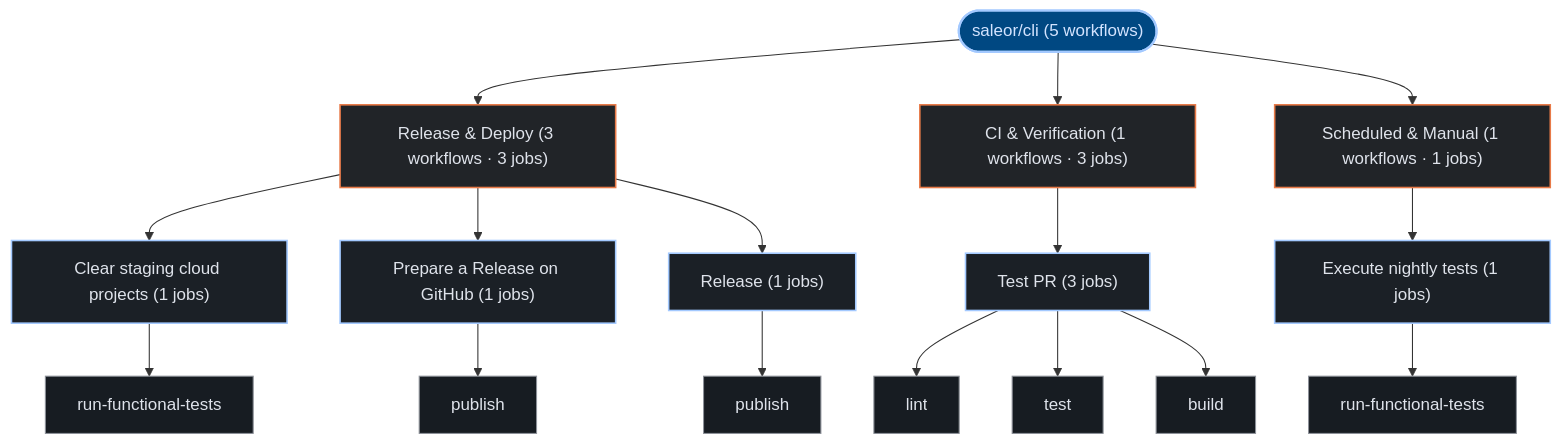
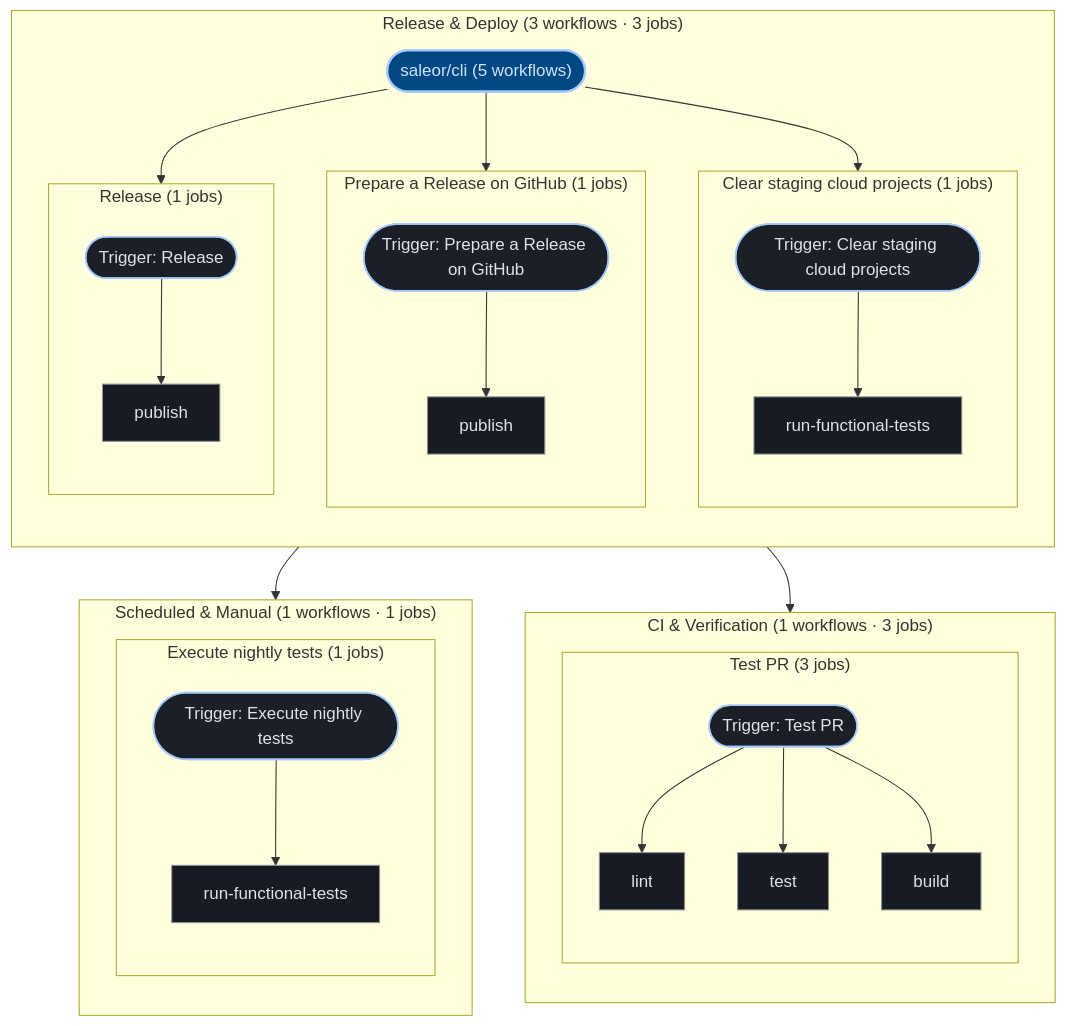
One commit to kumarshaz/atruss-code-atlas changed the third of 3 diagrams in exports/latest/reports/saleor-cli-report.md. Above: the diagram before and after it, drawn with Mermaid. The commit also changed 181 other files, not shown here.

````diff
--- a/exports/latest/reports/saleor-cli-report.md
+++ b/exports/latest/reports/saleor-cli-report.md
@@ -156,41 +156,59 @@
 ```mermaid
 graph TD;
   classDef atlasRoot fill:#004882,stroke:#a3c9ff,stroke-width:2px,color:#d3e4ff
   classDef atlasCategory fill:#212428,stroke:#E87A48,stroke-width:1.5px,color:#dfe3eb
   classDef atlasWorkflow fill:#1b2026,stroke:#a3c9ff,stroke-width:1.5px,color:#dfe3eb
   classDef atlasJob fill:#171c22,stroke:#8d9199,stroke-width:1px,color:#dfe3eb
   classDef atlasTarget fill:#005227,stroke:#8bd99b,stroke-width:1.5px,color:#a7f6b6
   classDef atlasAlert fill:#93000a,stroke:#ffb4ab,stroke-width:1.5px,color:#ffdad6
   classDef atlasMore fill:#252a31,stroke:#8d9199,stroke-dasharray:4 4,color:#c3c6cf
   pipeline_root(["saleor/cli (5 workflows)"]):::atlasRoot
-  grp_0_Release___Deploy["Release & Deploy (3 workflows · 3 jobs)"]:::atlasCategory
-  pipeline_root --> grp_0_Release___Deploy
-  wf_0_Clear_staging_cloud_projects["Clear staging cloud projects (1 jobs)"]:::atlasWorkflow
-  grp_0_Release___Deploy --> wf_0_Clear_staging_cloud_projects
-  job_0_run_functional_tests["run-functional-tests"]:::atlasJob
-  wf_0_Clear_staging_cloud_projects --> job_0_run_functional_tests
-  wf_2_Prepare_a_Release_on_GitHub["Prepare a Release on GitHub (1 jobs)"]:::atlasWorkflow
-  grp_0_Release___Deploy --> wf_2_Prepare_a_Release_on_GitHub
-  job_2_publish["publish"]:::atlasJob
-  wf_2_Prepare_a_Release_on_GitHub --> job_2_publish
-  wf_3_Release["Release (1 jobs)"]:::atlasWorkflow
-  grp_0_Release___Deploy --> wf_3_Release
-  job_3_publish["publish"]:::atlasJob
-  wf_3_Release --> job_3_publish
-  grp_1_CI___Verification["CI & Verification (1 workflows · 3 jobs)"]:::atlasCategory
-  pipeline_root --> grp_1_CI___Verification
-  wf_1_Test_PR["Test PR (3 jobs)"]:::atlasWorkflow
-  grp_1_CI___Verification --> wf_1_Test_PR
-  job_1_lint["lint"]:::atlasJob
-  job_1_test["test"]:::atlasJob
-  job_1_build["build"]:::atlasJob
-  wf_1_Test_PR --> job_1_lint
-  wf_1_Test_PR --> job_1_test
-  wf_1_Test_PR --> job_1_build
-  grp_2_Scheduled___Manual["Scheduled & Manual (1 workflows · 1 jobs)"]:::atlasCategory
-  pipeline_root --> grp_2_Scheduled___Manual
-  wf_4_Execute_nightly_tests["Execute nightly tests (1 jobs)"]:::atlasWorkflow
-  grp_2_Scheduled___Manual --> wf_4_Execute_nightly_tests
-  job_4_run_functional_tests["run-functional-tests"]:::atlasJob
-  wf_4_Execute_nightly_tests --> job_4_run_functional_tests
+  subgraph sg_grp_0_Release___Deploy["Release & Deploy (3 workflows · 3 jobs)"]
+    direction TB
+    subgraph sg_wf_0_Clear_staging_cloud_projects["Clear staging cloud projects (1 jobs)"]
+      direction TB
+      wf_0_Clear_staging_cloud_projects(["Trigger: Clear staging cloud projects"]):::atlasWorkflow
+      job_0_run_functional_tests["run-functional-tests"]:::atlasJob
+      wf_0_Clear_staging_cloud_projects --> job_0_run_functional_tests
+    end
+    pipeline_root --> wf_0_Clear_staging_cloud_projects
+    subgraph sg_wf_2_Prepare_a_Release_on_GitHub["Prepare a Release on GitHub (1 jobs)"]
+      direction TB
+      wf_2_Prepare_a_Release_on_GitHub(["Trigger: Prepare a Release on GitHub"]):::atlasWorkflow
+      job_2_publish["publish"]:::atlasJob
+      wf_2_Prepare_a_Release_on_GitHub --> job_2_publish
+    end
+    pipeline_root --> wf_2_Prepare_a_Release_on_GitHub
+    subgraph sg_wf_3_Release["Release (1 jobs)"]
+      direction TB
+      wf_3_Release(["Trigger: Release"]):::atlasWorkflow
+      job_3_publish["publish"]:::atlasJob
+      wf_3_Release --> job_3_publish
+    end
+    pipeline_root --> wf_3_Release
+  end
+  subgraph sg_grp_1_CI___Verification["CI & Verification (1 workflows · 3 jobs)"]
+    direction TB
+    subgraph sg_wf_1_Test_PR["Test PR (3 jobs)"]
+      direction TB
+      wf_1_Test_PR(["Trigger: Test PR"]):::atlasWorkflow
+      job_1_lint["lint"]:::atlasJob
+      job_1_test["test"]:::atlasJob
+      job_1_build["build"]:::atlasJob
+      wf_1_Test_PR --> job_1_lint
+      wf_1_Test_PR --> job_1_test
+      wf_1_Test_PR --> job_1_build
+    end
+    pipeline_root --> wf_1_Test_PR
+  end
+  subgraph sg_grp_2_Scheduled___Manual["Scheduled & Manual (1 workflows · 1 jobs)"]
+    direction TB
+    subgraph sg_wf_4_Execute_nightly_tests["Execute nightly tests (1 jobs)"]
+      direction TB
+      wf_4_Execute_nightly_tests(["Trigger: Execute nightly tests"]):::atlasWorkflow
+      job_4_run_functional_tests["run-functional-tests"]:::atlasJob
+      wf_4_Execute_nightly_tests --> job_4_run_functional_tests
+    end
+    pipeline_root --> wf_4_Execute_nightly_tests
+  end
 ```
````
